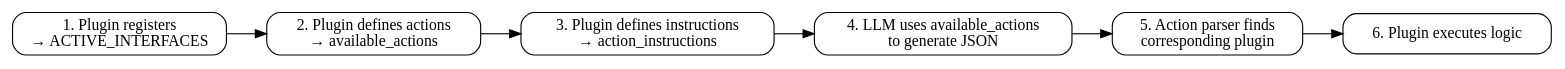
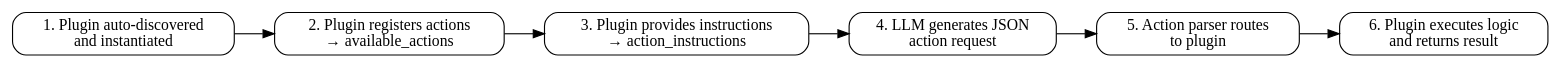
One commit to XargonWan/Rekku_Freedom_Project changed the diagram in docs/plugins.rst. Above: the diagram before and after it, drawn with Graphviz. The commit also changed other lines of this file and 7 other files, not shown here.

```diff
--- a/docs/plugins.rst
+++ b/docs/plugins.rst
@@ -161,14 +164,14 @@
 .. graphviz::
 
     digraph plugin_flow {
          rankdir=LR;
          node [shape=box, style=rounded];
-         A [label="1. Plugin registers\n→ ACTIVE_INTERFACES"];
-         B [label="2. Plugin defines actions\n→ available_actions"];
-         C [label="3. Plugin defines instructions\n→ action_instructions"];
-         D [label="4. LLM uses available_actions\nto generate JSON"];
-         E [label="5. Action parser finds\ncorresponding plugin"];
-         F [label="6. Plugin executes logic"];
+         A [label="1. Plugin auto-discovered\nand instantiated"];
+         B [label="2. Plugin registers actions\n→ available_actions"];
+         C [label="3. Plugin provides instructions\n→ action_instructions"];
+         D [label="4. LLM generates JSON\naction request"];
+         E [label="5. Action parser routes\nto plugin"];
+         F [label="6. Plugin executes logic\nand returns result"];
 
          A -> B -> C -> D -> E -> F;
     }
```
